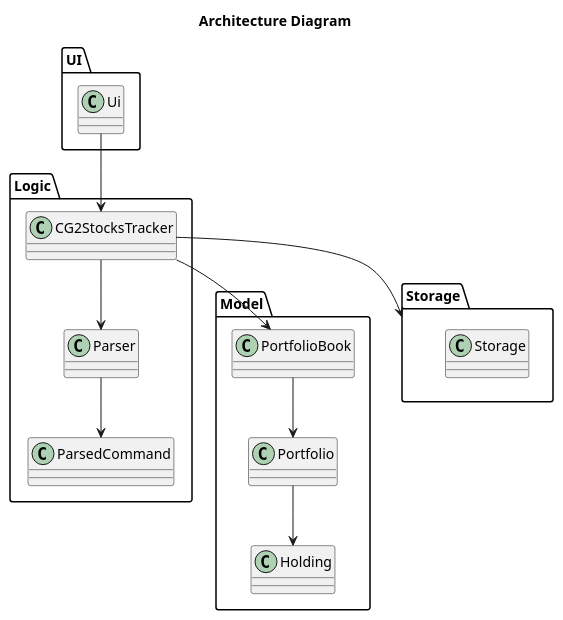
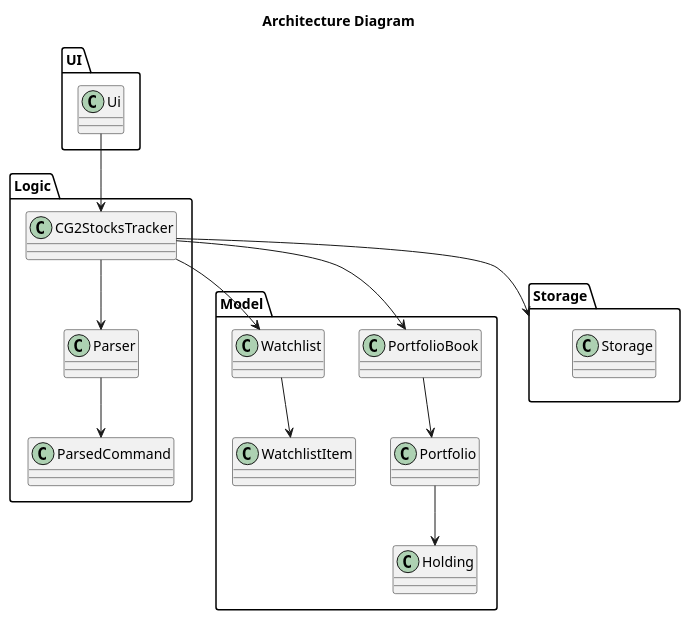
The first of 8 diagrams in docs/DeveloperGuide.md (AY2526S2-CS2113-W09-4/tp), drawn with PlantUML before and after one commit. The commit also changed other lines of this file and 1 other file, not shown here.

Commit message:
Update Developer Guide and User guide to reflect Watchlist class and implementation

````diff
--- a/docs/DeveloperGuide.md
+++ b/docs/DeveloperGuide.md
@@ -56,35 +56,39 @@
 ```plantuml
 @startuml
 title Architecture Diagram
 
 package UI {
     class Ui
 }
 
 package Logic {
     class CG2StocksTracker
     class Parser
     class ParsedCommand
 }
 
 package Model {
     class PortfolioBook
     class Portfolio
     class Holding
+    class Watchlist
+    class WatchlistItem
 }
 
 package Storage {
     class Storage
 }
 
 Ui --> CG2StocksTracker
 CG2StocksTracker --> Parser
 Parser --> ParsedCommand
 
 CG2StocksTracker --> PortfolioBook
 PortfolioBook --> Portfolio
 Portfolio --> Holding
+CG2StocksTracker --> Watchlist
+Watchlist --> WatchlistItem
 
 CG2StocksTracker --> Storage
 @enduml
 ```
````
